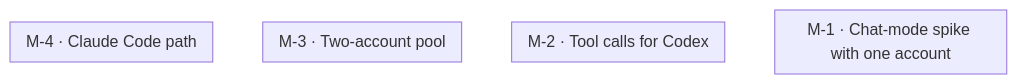
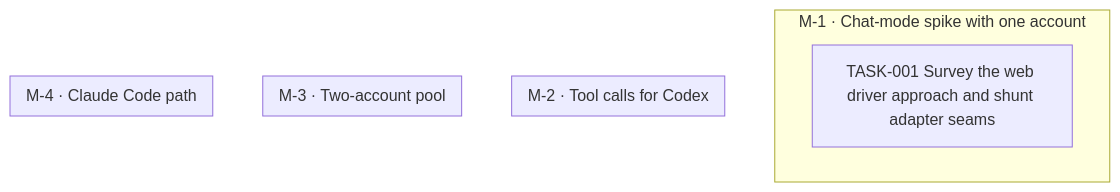
Before and after one commit to jesusvillota/shunt: the diagram in goals/chatgptweb-provider/README.md, drawn with Mermaid. The commit also changed 1 other file, not shown here.

Commit message:
goal(chatgptweb-provider): add TASK-001 Survey the web driver approach and shunt adapter seams

````diff
--- a/goals/chatgptweb-provider/README.md
+++ b/goals/chatgptweb-provider/README.md
@@ -132,14 +132,15 @@
 ```mermaid
 flowchart TD
   subgraph M_1["M-1 · Chat-mode spike with one account"]
+    TASK_001["TASK-001 Survey the web driver approach and shunt adapter seams"]
   end
   subgraph M_2["M-2 · Tool calls for Codex"]
   end
   subgraph M_3["M-3 · Two-account pool"]
   end
   subgraph M_4["M-4 · Claude Code path"]
   end
   classDef draft stroke-dasharray: 4 3
   classDef cancelled opacity:0.45
   classDef decision fill:#f3e8ff,stroke:#7c3aed
 ```
````
